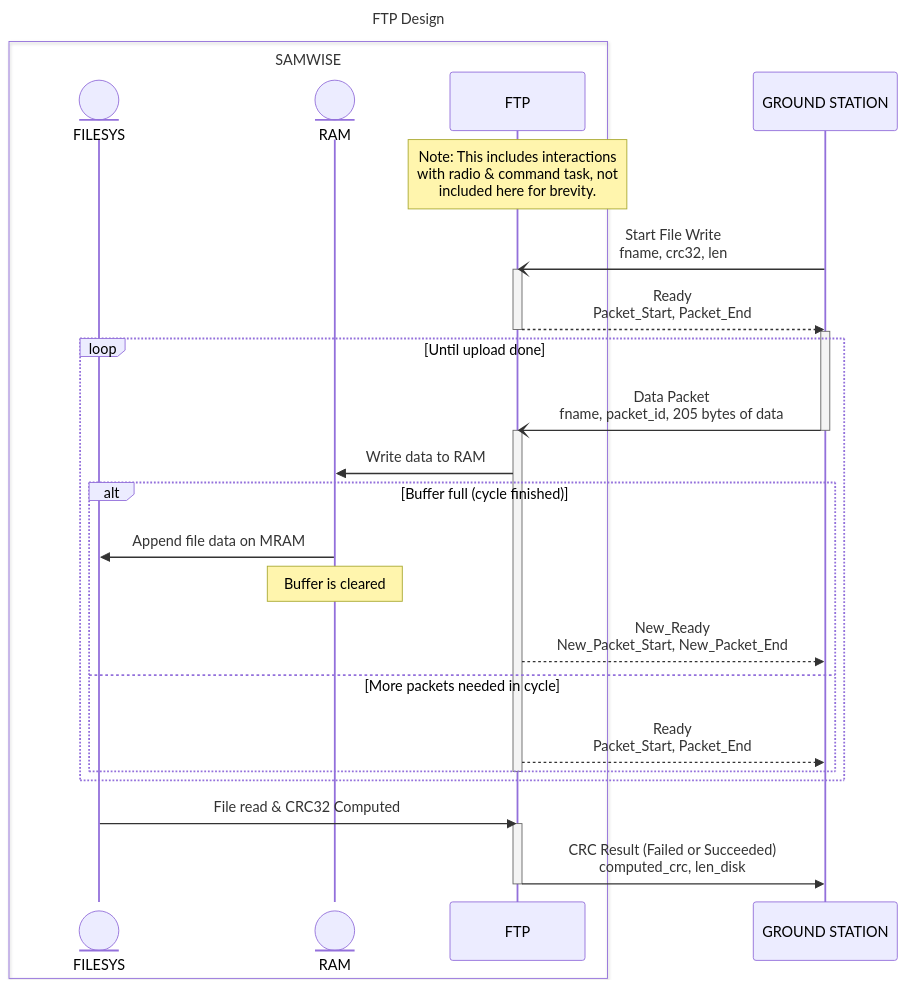
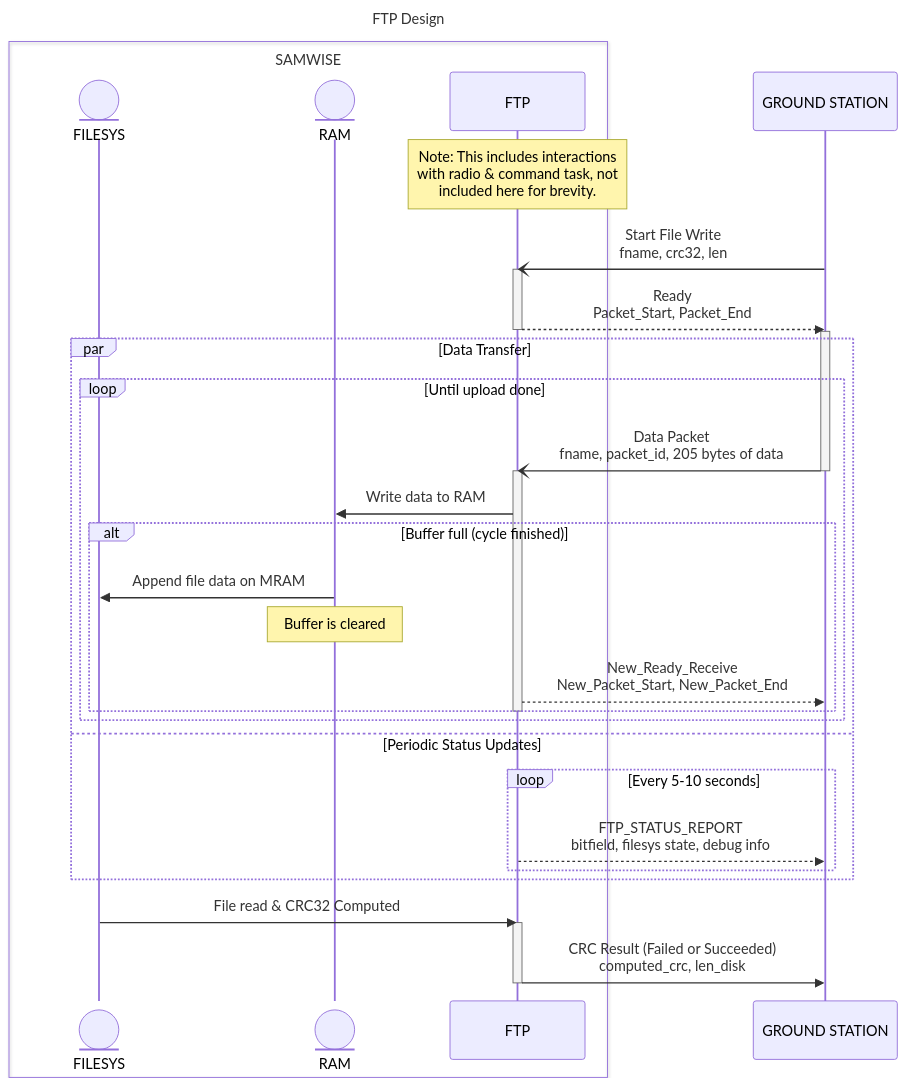
One commit to stanford-ssi/samwise-flight-software changed the first of 11 diagrams in src/tasks/ftp/README.md. Above: the diagram before and after it, drawn with Mermaid. The commit also changed other lines of this file, not shown here.

First line of the commit message:
Update FTP documentation for periodic status updates design

````diff
--- a/src/tasks/ftp/README.md
+++ b/src/tasks/ftp/README.md
@@ -63,38 +64,42 @@
 ```mermaid
 ---
 title: FTP Design
 ---
 sequenceDiagram
     box SAMWISE
         participant FILESYS@{ "type": "entity" }
         participant RAM@{ "type": "entity" }
         participant FTP
     end
     participant GROUND STATION
 
     Note over FTP: Note: This includes interactions<br />with radio & command task, not <br/>included here for brevity.
     GROUND STATION-)FTP: Start File Write<br />fname, crc32, len
     activate FTP
     FTP-->>GROUND STATION: Ready<br />Packet_Start, Packet_End
     deactivate FTP
     activate GROUND STATION
 
-    loop Until upload done
-        GROUND STATION-)FTP: Data Packet<br />fname, packet_id, 205 bytes of data
-        deactivate GROUND STATION
-        activate FTP
-        FTP->>RAM: Write data to RAM
-        alt Buffer full (cycle finished)
-            RAM->>FILESYS: Append file data on MRAM
-            Note over RAM: Buffer is cleared
-            FTP-->>GROUND STATION: New_Ready<br />New_Packet_Start, New_Packet_End
-        else More packets needed in cycle
-            FTP-->>GROUND STATION: Ready<br />Packet_Start, Packet_End
+    par Data Transfer
+        loop Until upload done
+            GROUND STATION-)FTP: Data Packet<br />fname, packet_id, 205 bytes of data
+            deactivate GROUND STATION
+            activate FTP
+            FTP->>RAM: Write data to RAM
+            alt Buffer full (cycle finished)
+                RAM->>FILESYS: Append file data on MRAM
+                Note over RAM: Buffer is cleared
+                FTP-->>GROUND STATION: New_Ready_Receive<br />New_Packet_Start, New_Packet_End
+            end
+            deactivate FTP
         end
-        deactivate FTP
+    and Periodic Status Updates
+        loop Every 5-10 seconds
+            FTP-->>GROUND STATION: FTP_STATUS_REPORT<br />bitfield, filesys state, debug info
+        end
     end
     FILESYS->>FTP: File read & CRC32 Computed
     activate FTP
     FTP->>GROUND STATION: CRC Result (Failed or Succeeded)<br />computed_crc, len_disk
     deactivate FTP
 ```
````
